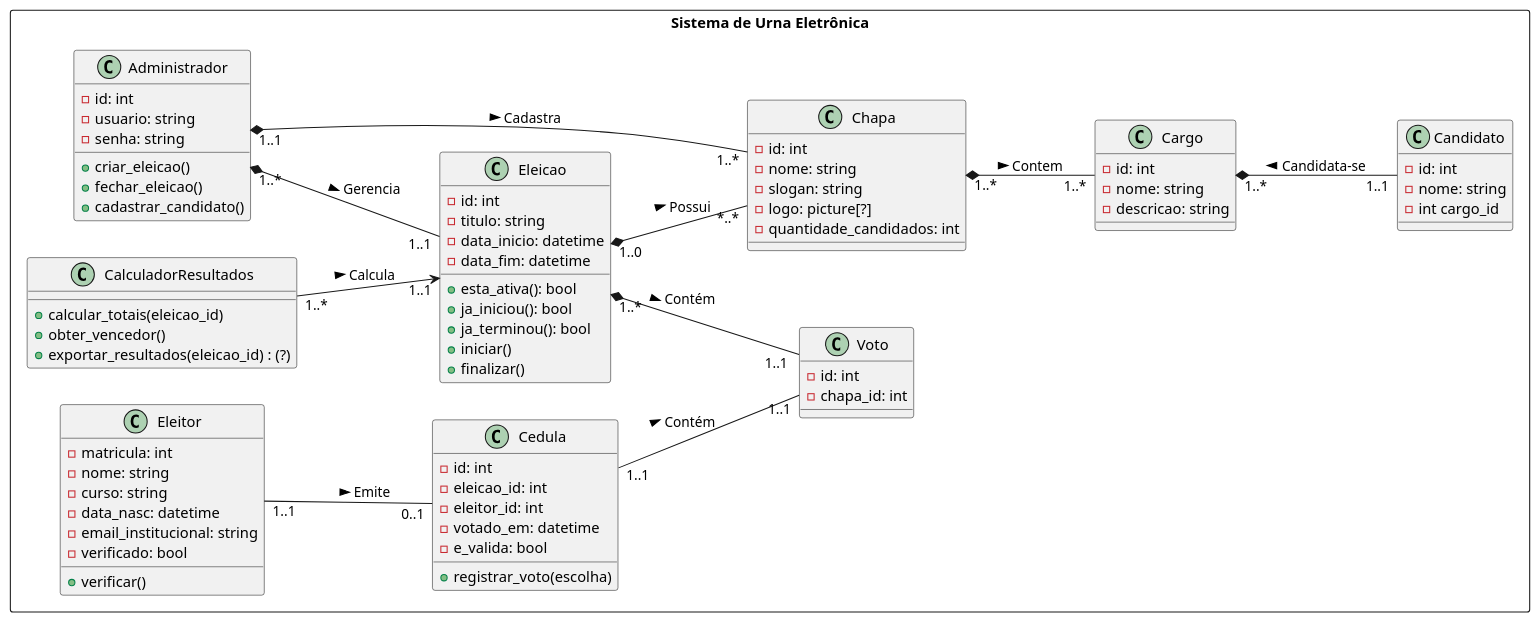
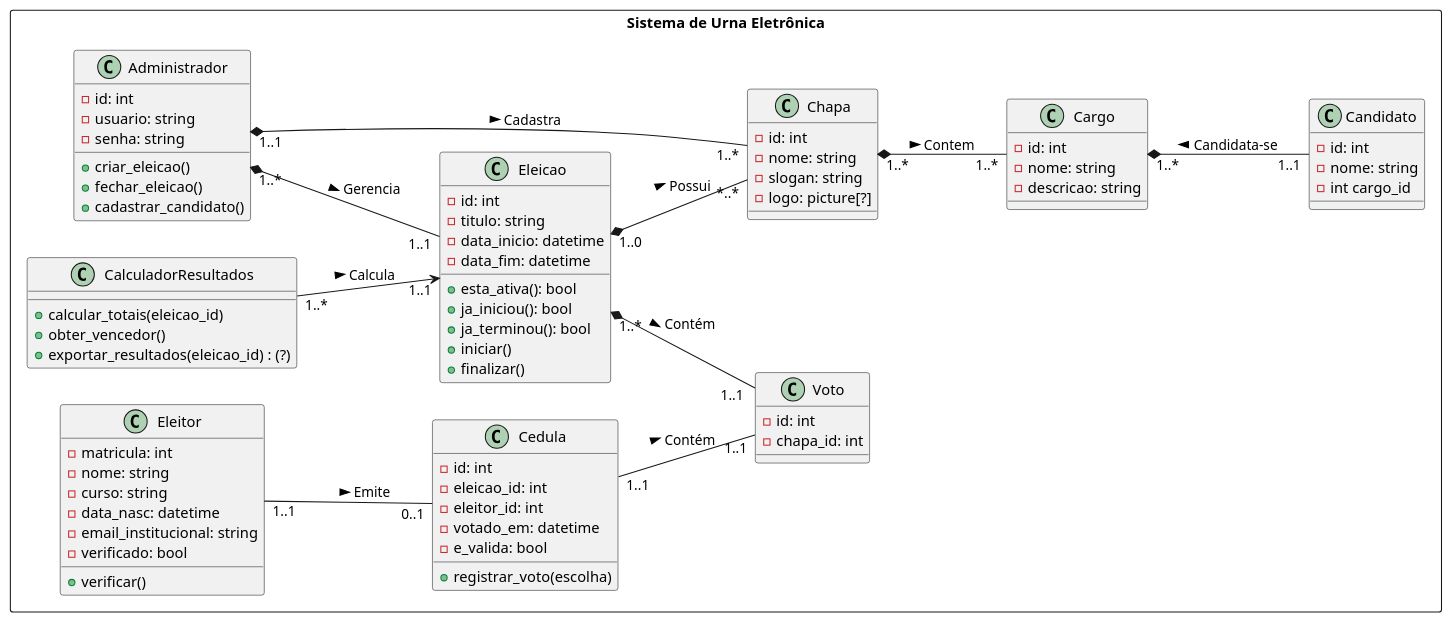
The diagram in UML/UML_ideia.puml (Bields190/Urna), drawn with PlantUML before and after one commit. The commit also changed 1 other file, not shown here.

Commit message:
feat: Modificações no ReadMe e Diagrama de Classes

```diff
--- a/UML/UML_ideia.puml
+++ b/UML/UML_ideia.puml
@@ -1,93 +1,92 @@
 @startuml
 left to right direction
 
 rectangle "Sistema de Urna Eletrônica" {
 
     class Eleicao {
         -id: int
         -titulo: string
         -data_inicio: datetime
         -data_fim: datetime
 
         +esta_ativa(): bool
         +ja_iniciou(): bool
         +ja_terminou(): bool
         +iniciar()
         +finalizar()
     }
 
     class Cargo {
         -id: int
         -nome: string
         -descricao: string
     }
 
     class Candidato {
         -id: int
         -nome: string
         -int cargo_id
     }
 
     class Chapa{
         -id: int
         -nome: string
         -slogan: string
         -logo: picture[?]
-        -quantidade_candidados: int
     }
 
     class Eleitor {
         -matricula: int
         -nome: string
         -curso: string
         -data_nasc: datetime
         -email_institucional: string
         -verificado: bool
 
         +verificar()
     }
 
     class Voto {
         -id: int
         -chapa_id: int
     }
 
     class Cedula {
         -id: int
         -eleicao_id: int
         -eleitor_id: int
         -votado_em: datetime
         -e_valida: bool
 
         +registrar_voto(escolha)
     }
 
 
     class Administrador {
         -id: int
         -usuario: string
         -senha: string
 
         +criar_eleicao()
         +fechar_eleicao()
         +cadastrar_candidato()
     }
 
     class CalculadorResultados {
         +calcular_totais(eleicao_id)
         +obter_vencedor()
         +exportar_resultados(eleicao_id) : (?)
     }
 
     Chapa "1..*" *-- "1..*" Cargo : > Contem
     Cargo "1..*" *-- "1..1" Candidato : Candidata-se <
     Eleicao "1..0" *-- "*..*" Chapa : > Possui
     Eleitor "1..1" -- "0..1" Cedula : > Emite
     Cedula "1..1" -- "1..1" Voto : > Contém
     Administrador "1..*" *-- "1..1" Eleicao : > Gerencia
     CalculadorResultados "1..*" --> "1..1" Eleicao : > Calcula
     Administrador "1..1" *-  "1..*" Chapa : > Cadastra
     Eleicao "1..* " *--  "1..1 " Voto: > Contém
 }
 
 @enduml
```
